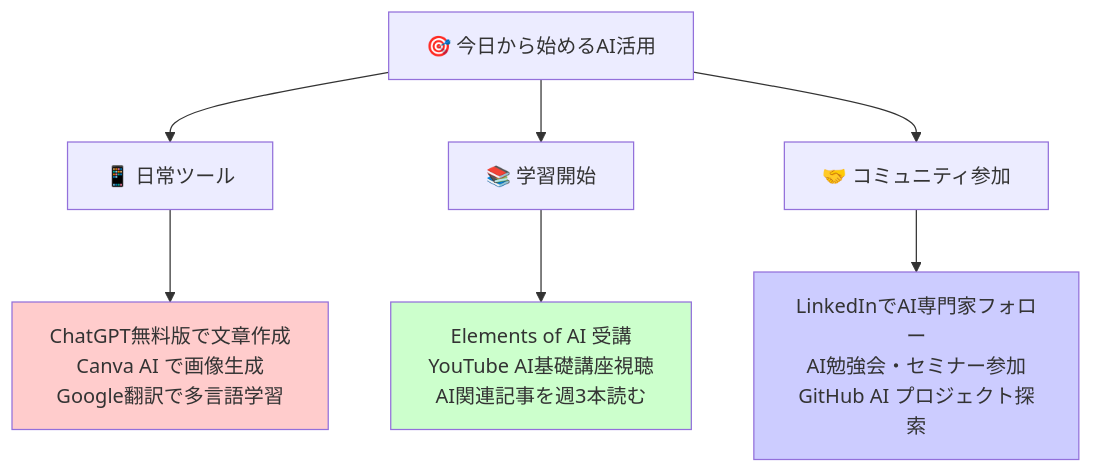
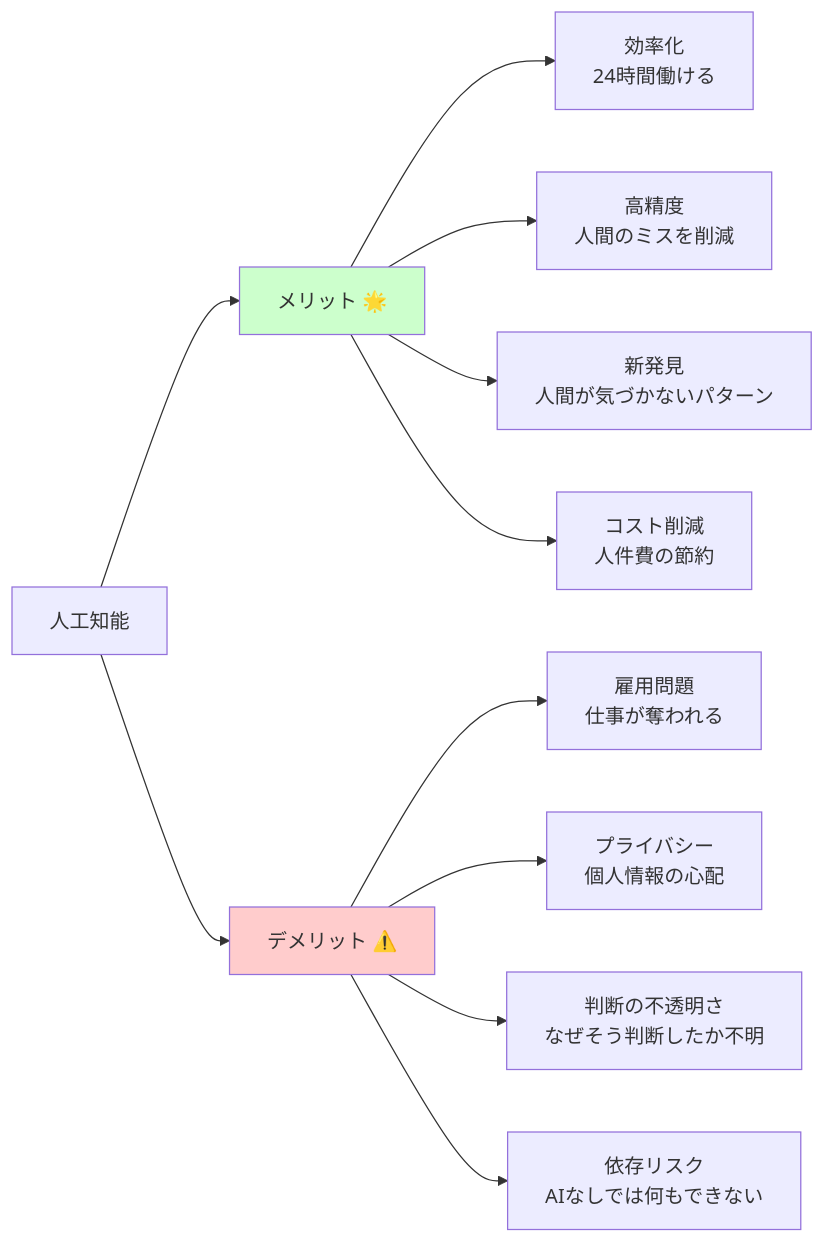
The sixth of 9 diagrams in AI/README.MD (SparklingDetergent/doc_genai_mental_model), drawn with Mermaid before and after one commit. The commit also changed other lines of this file, not shown here.

````diff
--- a/AI/README.MD
+++ b/AI/README.MD
@@ -383,16 +199,22 @@
 ```mermaid
-graph TD
-    A[🎯 今日から始めるAI活用] --> B[📱 日常ツール]
-    A --> C[📚 学習開始]
-    A --> D[🤝 コミュニティ参加]
+graph LR
+    A[人工知能] --> B[メリット 🌟]
+    A --> C[デメリット ⚠️]
     
-    B --> E[ChatGPT無料版で文章作成<br/>Canva AI で画像生成<br/>Google翻訳で多言語学習]
+    B --> D[効率化<br/>24時間働ける]
+    B --> E[高精度<br/>人間のミスを削減]
+    B --> F[新発見<br/>人間が気づかないパターン]
+    B --> G[コスト削減<br/>人件費の節約]
     
-    C --> F[Elements of AI 受講<br/>YouTube AI基礎講座視聴<br/>AI関連記事を週3本読む]
+    C --> H[雇用問題<br/>仕事が奪われる]
+    C --> I[プライバシー<br/>個人情報の心配]
+    C --> J[判断の不透明さ<br/>なぜそう判断したか不明]
+    C --> K[依存リスク<br/>AIなしでは何もできない]
     
-    D --> G[LinkedInでAI専門家フォロー<br/>AI勉強会・セミナー参加<br/>GitHub AI プロジェクト探索]
+    style B fill:#ccffcc
+    style C fill:#ffcccc
     
-    style E fill:#ffcccc
-    style F fill:#ccffcc
-    style G fill:#ccccff
+    click D "/docs/ai-efficiency.md" "AIによる効率化"
+    click H "/docs/job-displacement.md" "雇用への影響"
+    click I "/docs/privacy-concerns.md" "プライバシー問題"
 ```
````
